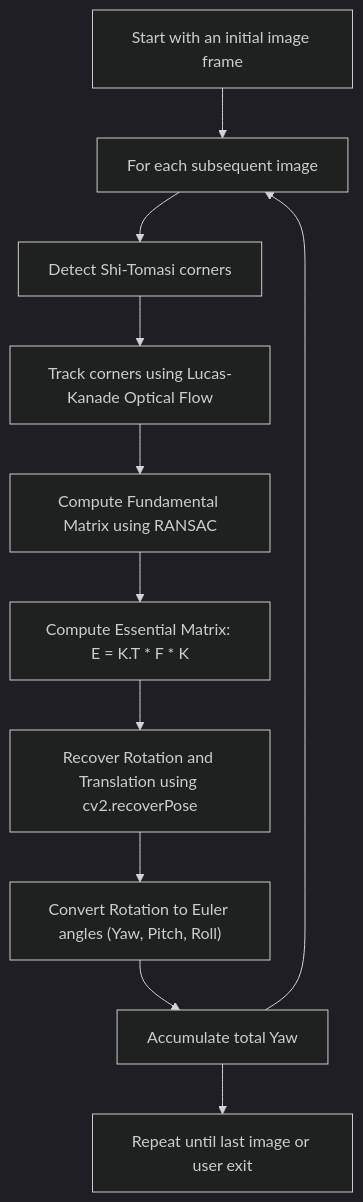
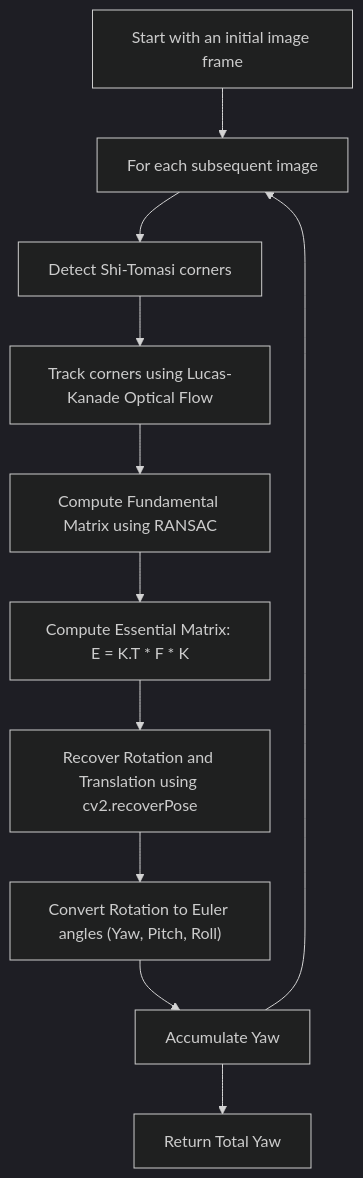
The diagram in README.md (harsh-awasthik/ROV_PoseTracker), drawn with Mermaid (dark theme) before and after one commit. The commit also changed other lines of this file and 4 other files, not shown here.

````diff
--- a/README.md
+++ b/README.md
@@ -38,13 +38,13 @@
 ```mermaid
 graph TB
     A[Start with an initial image frame] --> B[For each subsequent image]
     B --> C[Detect Shi-Tomasi corners]
     C --> D[Track corners using Lucas-Kanade Optical Flow]
     D --> F[Compute Fundamental Matrix using RANSAC]
     F --> G[Compute Essential Matrix: E = K.T * F * K]
     G --> H[Recover Rotation and Translation using cv2.recoverPose]
     H --> I["Convert Rotation to Euler angles (Yaw, Pitch, Roll)"]
-    I --> J[Accumulate total Yaw]
+    I --> J[Accumulate Yaw]
     J --> B
-    J --> K[Repeat until last image or user exit]
+    J --> K[Return Total Yaw]
 ```
````
